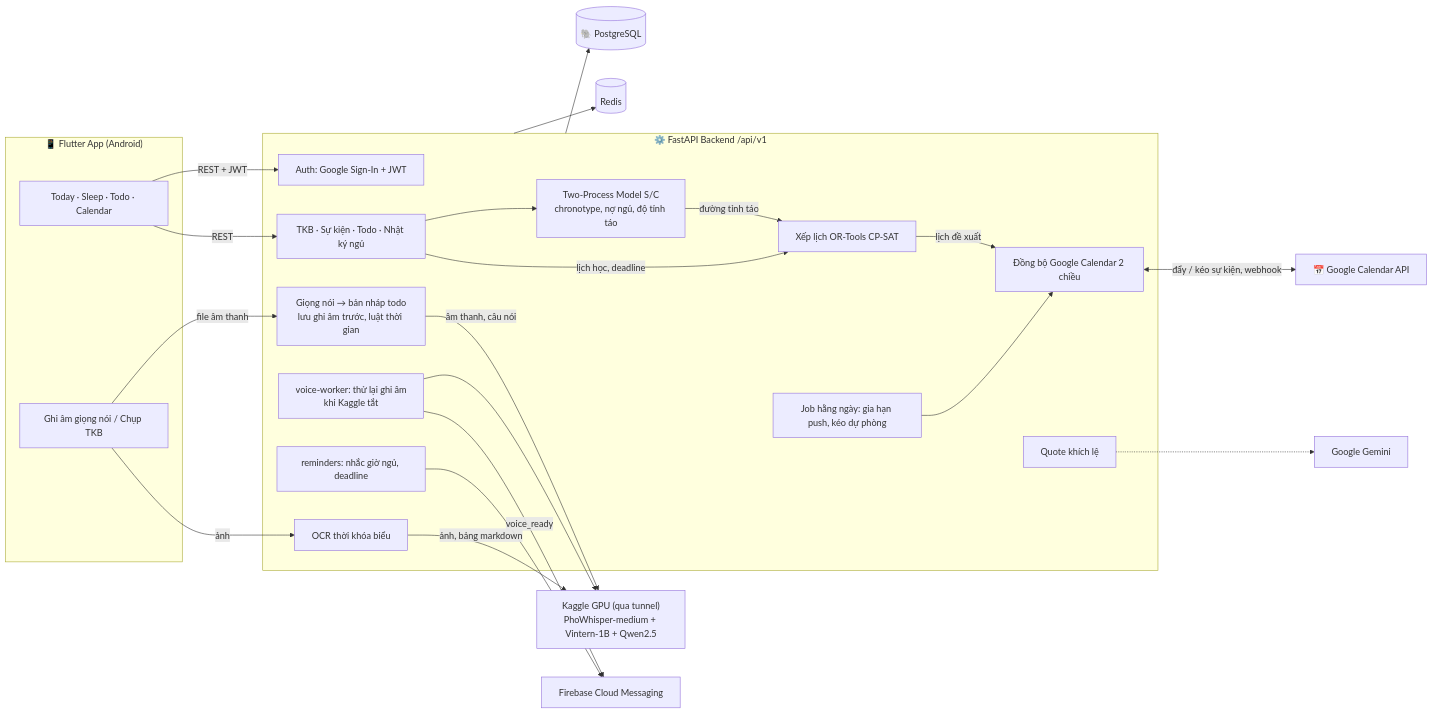
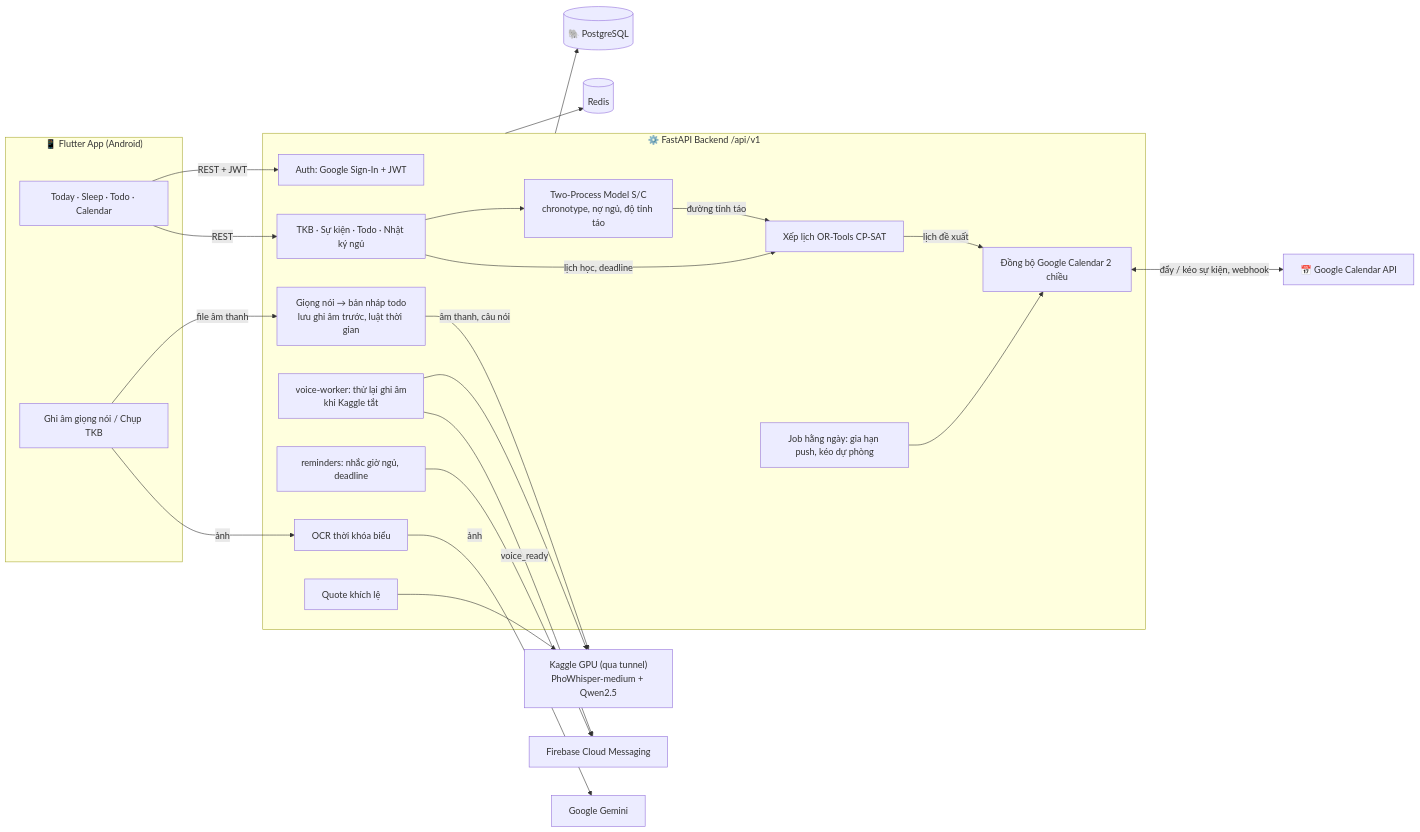
The diagram in README.md (Znoywho/Recolly), drawn with Mermaid before and after one commit. The commit also changed other lines of this file and 3 other files, not shown here.

````diff
--- a/README.md
+++ b/README.md
@@ -97,50 +124,50 @@
 ```mermaid
 flowchart LR
     subgraph APP["📱 Flutter App (Android)"]
         UI["Today · Sleep · Todo · Calendar"]
         IN["Ghi âm giọng nói / Chụp TKB"]
     end
 
     subgraph API["⚙️ FastAPI Backend /api/v1"]
         AUTH["Auth: Google Sign-In + JWT"]
         CRUD["TKB · Sự kiện · Todo · Nhật ký ngủ"]
         SLEEP["Two-Process Model S/C<br/>chronotype, nợ ngủ, độ tỉnh táo"]
         SCHED["Xếp lịch OR-Tools CP-SAT"]
         SYNC["Đồng bộ Google Calendar 2 chiều"]
         JOB["Job hằng ngày: gia hạn push, kéo dự phòng"]
         VOICE["Giọng nói → bản nháp todo<br/>lưu ghi âm trước, luật thời gian"]
         WORKER["voice-worker: thử lại ghi âm<br/>khi Kaggle tắt"]
         REMIND["reminders: nhắc giờ ngủ, deadline"]
         OCR["OCR thời khóa biểu"]
         QUOTE["Quote khích lệ"]
     end
 
     DB[("🐘 PostgreSQL")]
     GCAL["📅 Google Calendar API"]
-    KAGGLE["Kaggle GPU (qua tunnel)<br/>PhoWhisper-medium + Vintern-1B + Qwen2.5"]
+    KAGGLE["Kaggle GPU (qua tunnel)<br/>PhoWhisper-medium + Qwen2.5"]
     REDIS[("Redis")]
     FCM["Firebase Cloud Messaging"]
     GEM["Google Gemini"]
 
     UI -->|REST + JWT| AUTH
     UI -->|REST| CRUD
     IN -->|file âm thanh| VOICE
     IN -->|ảnh| OCR
 
     CRUD --> SLEEP
     SLEEP -->|đường tỉnh táo| SCHED
     CRUD -->|lịch học, deadline| SCHED
     SCHED -->|lịch đề xuất| SYNC
     SYNC <-->|đẩy / kéo sự kiện, webhook| GCAL
     JOB --> SYNC
 
     VOICE -->|âm thanh, câu nói| KAGGLE
     WORKER --> KAGGLE
     WORKER -->|voice_ready| FCM
     REMIND --> FCM
-    OCR -->|ảnh, bảng markdown| KAGGLE
-    QUOTE -.-> GEM
+    OCR -->|ảnh| GEM
+    QUOTE --> KAGGLE
 
     API --> DB
     API --> REDIS
 ```
````
